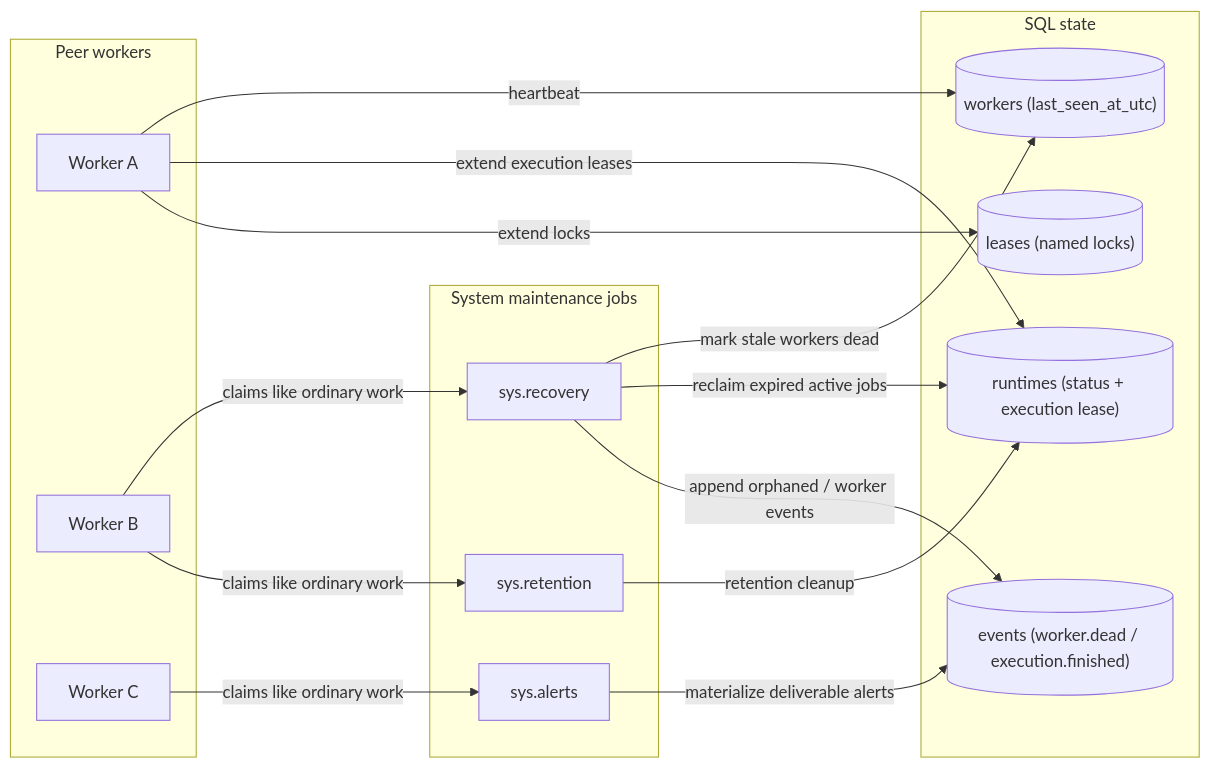
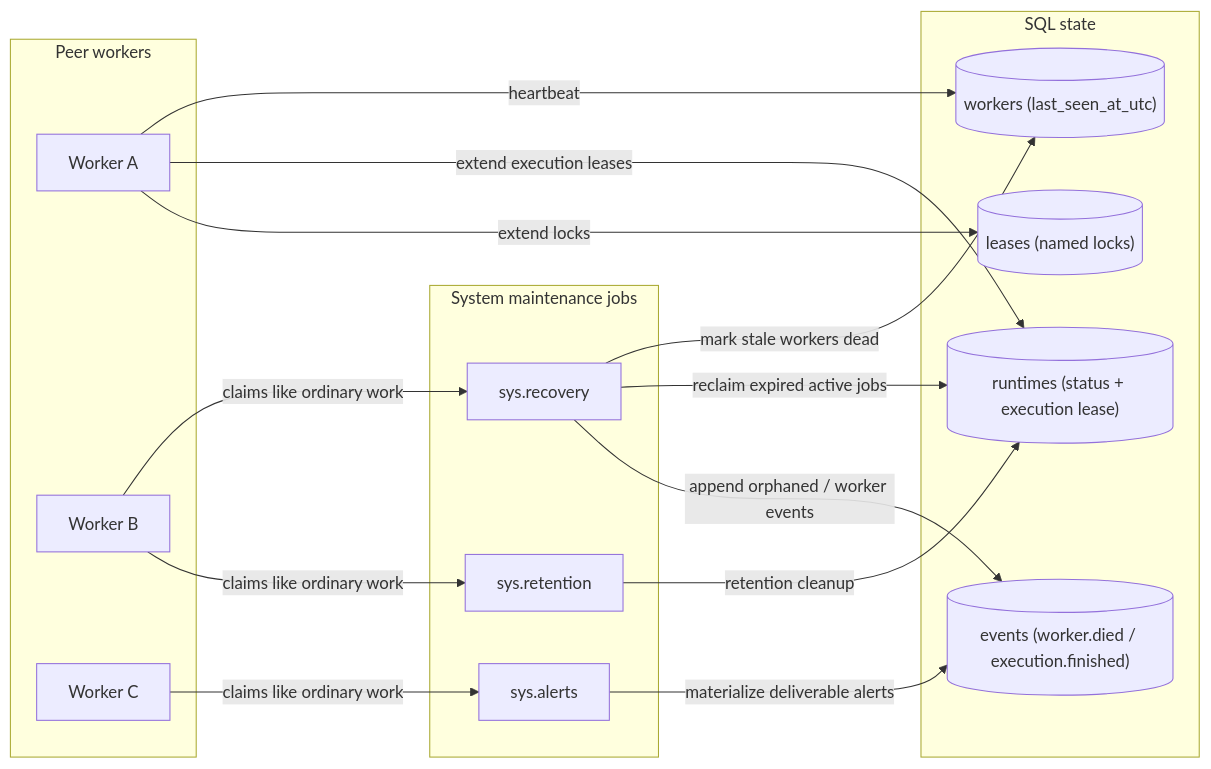
One commit to acta-dotnet/acta changed the sixth of 6 diagrams in docs/technical/architecture-diagrams.md. Above: the diagram before and after it, drawn with Mermaid. The commit also changed 53 other files, not shown here.

````diff
--- a/docs/technical/architecture-diagrams.md
+++ b/docs/technical/architecture-diagrams.md
@@ -257,35 +257,35 @@
 ```mermaid
 flowchart LR
     subgraph Workers[Peer workers]
         W1[Worker A]
         W2[Worker B]
         W3[Worker C]
     end
 
     subgraph SQL[SQL state]
         Job[("runtimes (status + execution lease)")]
         Worker[("workers (last_seen_at_utc)")]
         Lease[("leases (named locks)")]
-        Event[("events (worker.dead / execution.finished)")]
+        Event[("events (worker.died / execution.finished)")]
     end
 
     subgraph SystemJobs[System maintenance jobs]
         Maintenance[sys.recovery]
         Alerts[sys.alerts]
         Purge[sys.retention]
     end
 
     W1 -->|heartbeat| Worker
     W1 -->|extend execution leases| Job
     W1 -->|extend locks| Lease
 
     W2 -->|claims like ordinary work| Maintenance
     W3 -->|claims like ordinary work| Alerts
     W2 -->|claims like ordinary work| Purge
 
     Maintenance -->|mark stale workers dead| Worker
     Maintenance -->|reclaim expired active jobs| Job
     Maintenance -->|append orphaned / worker events| Event
     Alerts -->|materialize deliverable alerts| Event
     Purge -->|retention cleanup| Job
 ```
````
